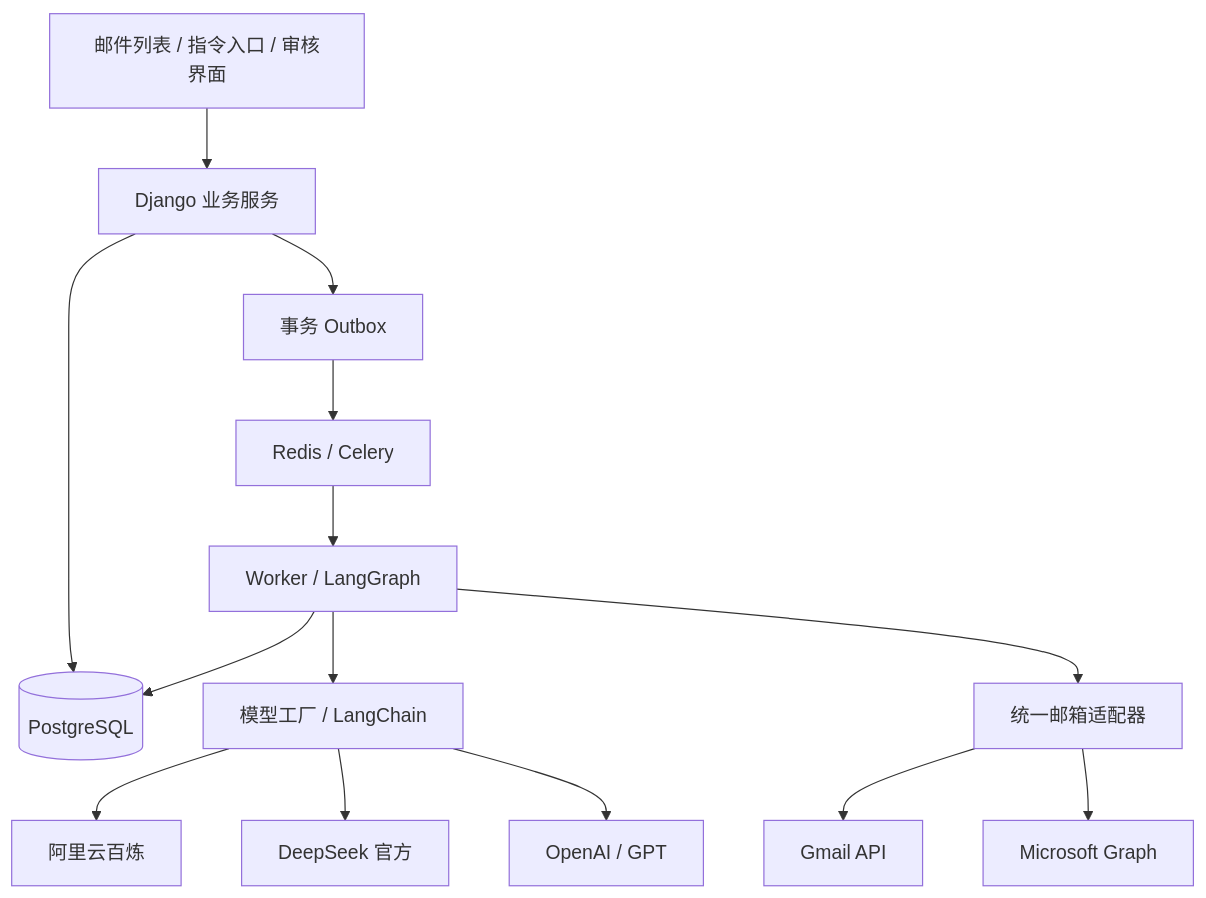
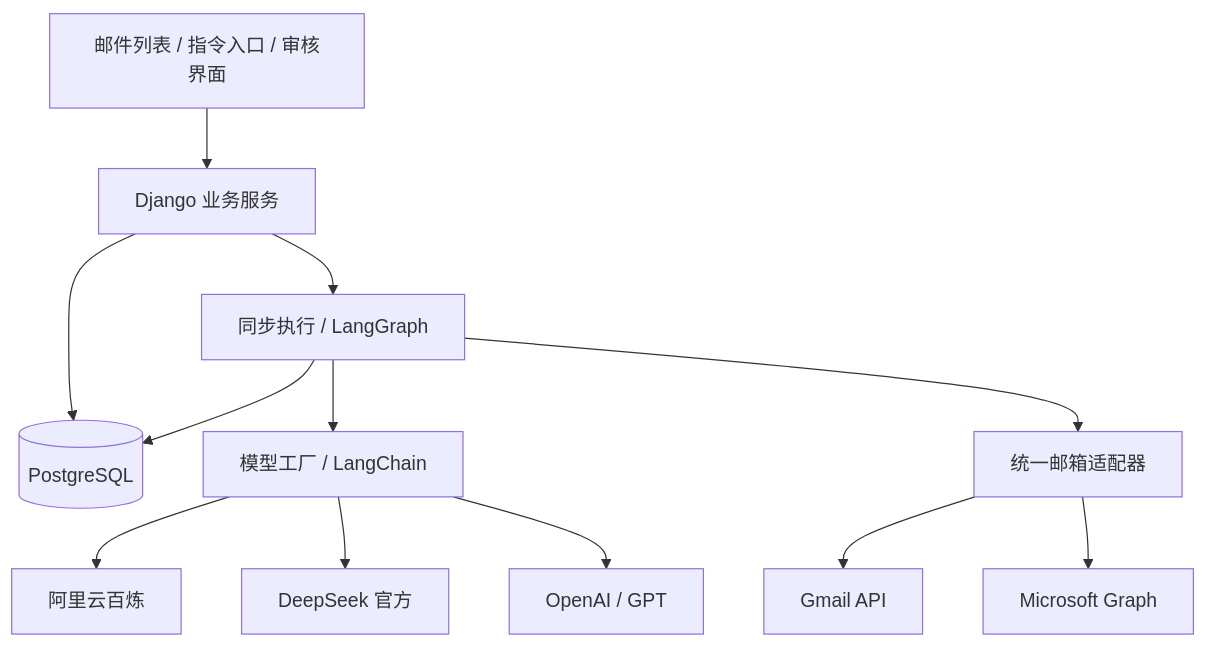
The diagram in docs/IMPLEMENTATION_PLAN.md (fjq1/Email-Agent), drawn with Mermaid before and after one commit. The commit also changed other lines of this file and 36 other files, not shown here.

````diff
--- a/docs/IMPLEMENTATION_PLAN.md
+++ b/docs/IMPLEMENTATION_PLAN.md
@@ -15,16 +15,14 @@
 ```mermaid
 flowchart TD
     UI[邮件列表 / 指令入口 / 审核界面] --> Django[Django 业务服务]
     Django --> PG[(PostgreSQL)]
-    Django --> Outbox[事务 Outbox]
-    Outbox --> Queue[Redis / Celery]
-    Queue --> Worker[Worker / LangGraph]
-    Worker --> PG
-    Worker --> LLM[模型工厂 / LangChain]
+    Django --> Graph[同步执行 / LangGraph]
+    Graph --> PG
+    Graph --> LLM[模型工厂 / LangChain]
     LLM --> Bailian[阿里云百炼]
     LLM --> DeepSeek[DeepSeek 官方]
     LLM --> GPT[OpenAI / GPT]
-    Worker --> Mail[统一邮箱适配器]
+    Graph --> Mail[统一邮箱适配器]
     Mail --> Gmail[Gmail API]
     Mail --> Outlook[Microsoft Graph]
 ```
````
